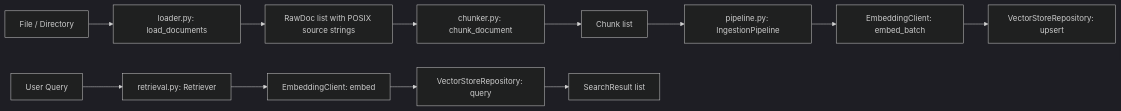
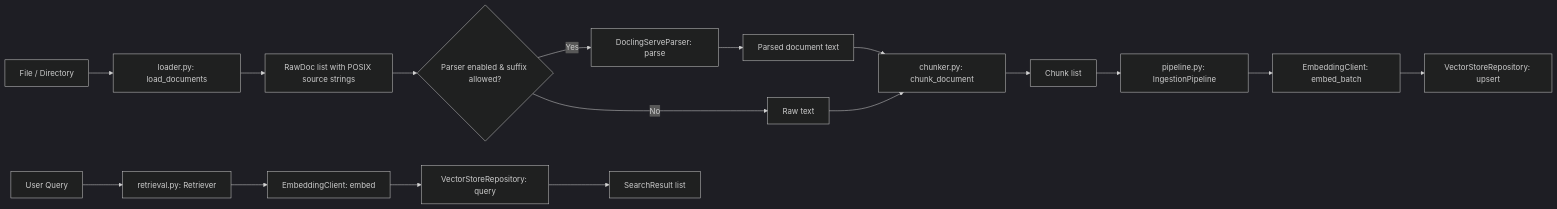
Before and after one commit to Mango-Metrics-NLM/MangoMas_V2: the second of 3 diagrams in docs/architecture/c4-code.md, drawn with Mermaid (dark theme). The commit also changed other lines of this file and 10 other files, not shown here.

First line of the commit message:
docs: sync architecture, tooling and changelog for origin-sync + live E2E

````diff
--- a/docs/architecture/c4-code.md
+++ b/docs/architecture/c4-code.md
@@ -148,15 +174,20 @@
 ```mermaid
 flowchart LR
     DocDir[File / Directory] --> Loader[loader.py: load_documents]
     Loader --> RawDocs[RawDoc list with POSIX source strings]
-    RawDocs --> Chunker[chunker.py: chunk_document]
+    RawDocs --> ParserDecision{Parser enabled & suffix allowed?}
+    ParserDecision -- Yes --> DoclingParser[DoclingServeParser: parse]
+    DoclingParser --> ParsedDocs[Parsed document text]
+    ParserDecision -- No --> RawDocsText[Raw text]
+    ParsedDocs --> Chunker[chunker.py: chunk_document]
+    RawDocsText --> Chunker
     Chunker --> Chunks[Chunk list]
     Chunks --> Pipeline[pipeline.py: IngestionPipeline]
     Pipeline --> Embedder[EmbeddingClient: embed_batch]
     Embedder --> VectorStore[VectorStoreRepository: upsert]
     
     Query[User Query] --> Retriever[retrieval.py: Retriever]
     Retriever --> EmbedQuery[EmbeddingClient: embed]
     EmbedQuery --> Search[VectorStoreRepository: query]
     Search --> SearchResults[SearchResult list]
 ```
````
